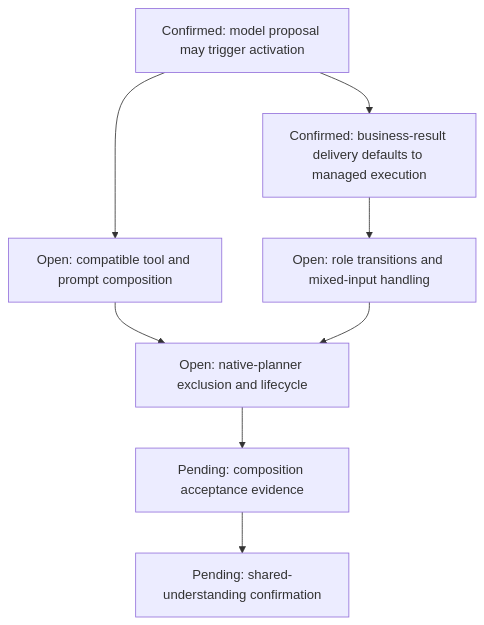
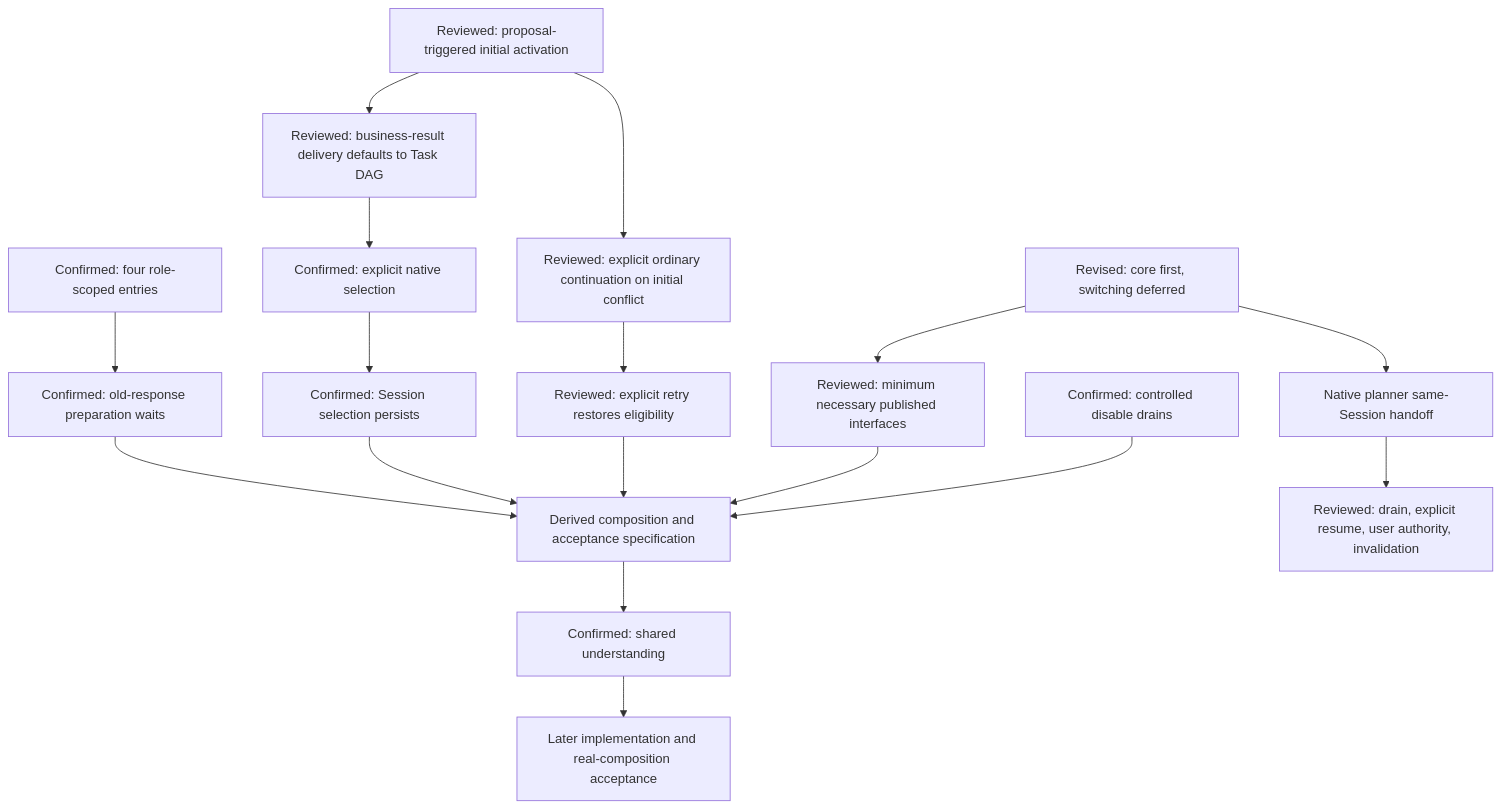
Before and after one commit to McKenzieIT/deepseek-harness-da: the tenth of 10 diagrams in wayfinder/task-orchestration-dag/tickets/G16-todo-coexistence-and-preset-composition.md, drawn with Mermaid. The commit also changed other lines of this file and 6 other files, not shown here.

First line of the commit message:
docs(task-dag): resolve G16 model-tool composition

````diff
--- a/wayfinder/task-orchestration-dag/tickets/G16-todo-coexistence-and-preset-composition.md
+++ b/wayfinder/task-orchestration-dag/tickets/G16-todo-coexistence-and-preset-composition.md
@@ -119,10 +368,19 @@
 ```mermaid
 flowchart TD
-    Q1[Confirmed: model proposal may trigger activation] --> Q2[Confirmed: business-result delivery defaults to managed execution]
-    Q1 --> C1[Open: compatible tool and prompt composition]
-    Q2 --> C2[Open: role transitions and mixed-input handling]
-    C1 --> C3[Open: native-planner exclusion and lifecycle]
-    C2 --> C3
-    C3 --> V[Pending: composition acceptance evidence]
-    V --> H[Pending: shared-understanding confirmation]
+    Q1[Reviewed: proposal-triggered initial activation] --> Q2[Reviewed: business-result delivery defaults to Task DAG]
+    Q2 --> Q11[Confirmed: explicit native selection]
+    Q11 --> Q12[Confirmed: Session selection persists]
+    Q1 --> Q3[Reviewed: explicit ordinary continuation on initial conflict]
+    Q3 --> Q4[Reviewed: explicit retry restores eligibility]
+    Q13[Confirmed: four role-scoped entries] --> Q14[Confirmed: old-response preparation waits]
+    Q14 --> Spec[Derived composition and acceptance specification]
+    Q12 --> Spec
+    Q4 --> Spec
+    Q5[Revised: core first, switching deferred] --> Q6[Reviewed: minimum necessary published interfaces]
+    Q6 --> Spec
+    Q15[Confirmed: controlled disable drains] --> Spec
+    Q5 --> Followup[Native planner same-Session handoff]
+    Followup --> Inputs[Reviewed: drain, explicit resume, user authority, invalidation]
+    Spec --> Shared[Confirmed: shared understanding]
+    Shared --> Implementation[Later implementation and real-composition acceptance]
 ```
````
